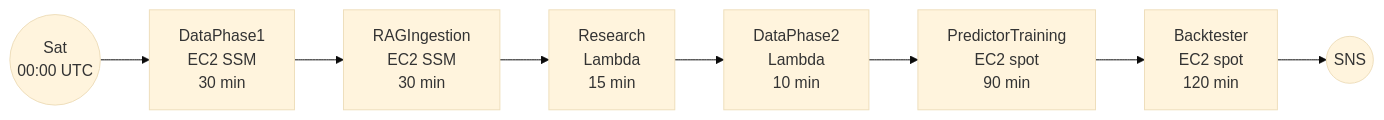
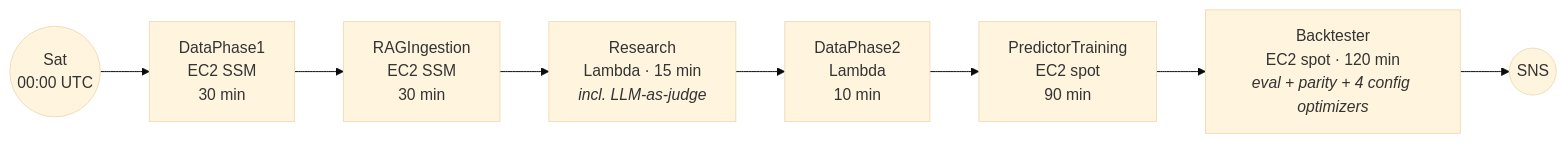
Before and after one commit to cipher813/alpha-engine-docs: the second of 4 diagrams in README.md, drawn with Mermaid (base theme). The commit also changed other lines of this file, not shown here.

````diff
--- a/README.md
+++ b/README.md
@@ -96,10 +88,10 @@
 ```mermaid
 flowchart LR
     Trigger((Sat<br/>00:00 UTC)) --> P1
     P1[DataPhase1<br/>EC2 SSM<br/>30 min] --> RAG
     RAG[RAGIngestion<br/>EC2 SSM<br/>30 min] --> R
-    R[Research<br/>Lambda<br/>15 min] --> P2
+    R[Research<br/>Lambda · 15 min<br/><i>incl. LLM-as-judge</i>] --> P2
     P2[DataPhase2<br/>Lambda<br/>10 min] --> Train
     Train[PredictorTraining<br/>EC2 spot<br/>90 min] --> BT
-    BT[Backtester<br/>EC2 spot<br/>120 min] --> Notify((SNS))
+    BT[Backtester<br/>EC2 spot · 120 min<br/><i>eval + parity + 4 config optimizers</i>] --> Notify((SNS))
 ```
````
